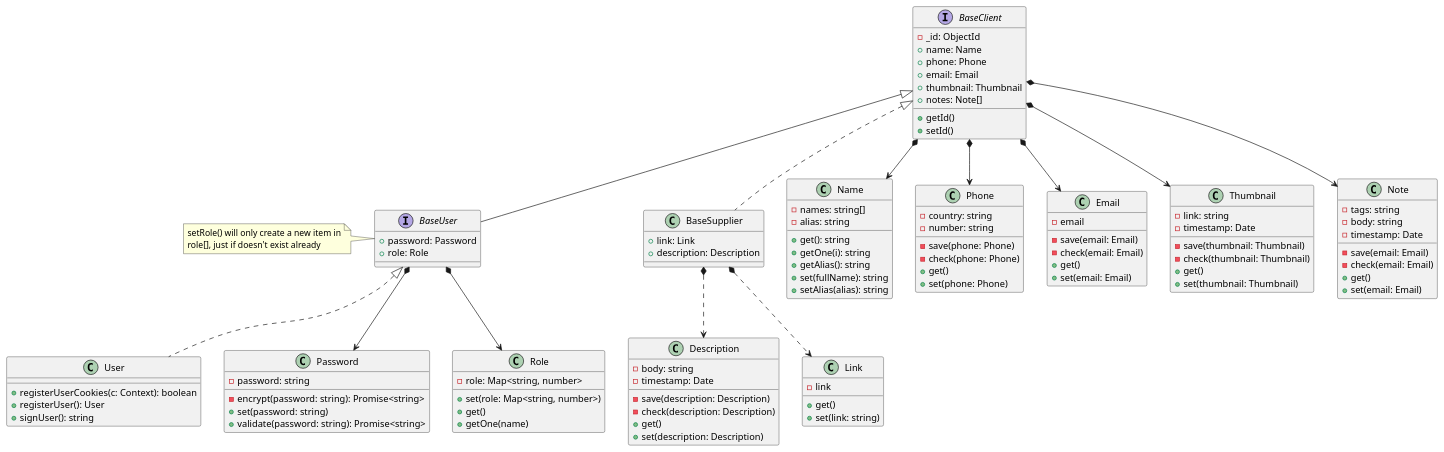
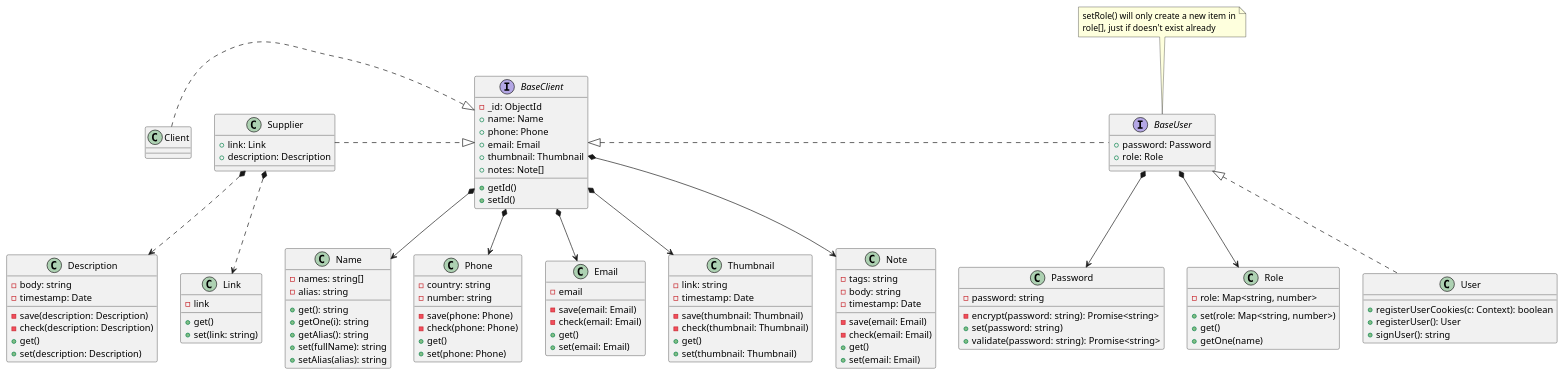
The diagram in back/uml/User.puml (Chiqui1234ok/lions-app), drawn with PlantUML before and after one commit.

Commit message:
Release candidate 2

```diff
--- a/back/uml/User.puml
+++ b/back/uml/User.puml
@@ -1,124 +1,139 @@
 @startuml
 
 interface BaseClient {
     - _id: ObjectId
     + name: Name
     + phone: Phone
     + email: Email
     + thumbnail: Thumbnail
     + notes: Note[]
     + getId()
     + setId()
 }
 
-interface BaseUser extends BaseClient {
+' interface BaseUser extends BaseClient
+interface BaseUser {
     + password: Password
     + role: Role
 }
 
-class User implements BaseUser {
+' class Client implements BaseClient
+class Client {
+
+}
+
+' class User implements BaseUser
+class User {
     + registerUserCookies(c: Context): boolean
     + registerUser(): User
     + signUser(): string
 }
 
-class BaseSupplier implements BaseClient {
+' class Supplier implements BaseClient
+class Supplier {
     + link: Link
     + description: Description
 }
 
 ' :: TINY OBJECTS ::
 
 class Password {
     - password: string
     - encrypt(password: string): Promise<string>
     + set(password: string)
     + validate(password: string): Promise<string>
 }
 
 class Role {
     - role: Map<string, number>
     + set(role: Map<string, number>)
     + get()
     + getOne(name)
 }
 
 class Name {
     - names: string[]
     - alias: string
     + get(): string
     + getOne(i): string
     + getAlias(): string
     + set(fullName): string
     + setAlias(alias): string
 }
 
 class Phone {
     - country: string
     - number: string
     - save(phone: Phone)
     - check(phone: Phone)
     + get()
     + set(phone: Phone)
 }
 
 class Email {
     - email
     - save(email: Email)
     - check(email: Email)
     + get()
     + set(email: Email)
 }
 
 class Description {
     - body: string
     - timestamp: Date
     - save(description: Description)
     - check(description: Description)
     + get()
     + set(description: Description)
 }
 
 class Thumbnail {
     - link: string
     - timestamp: Date
     - save(thumbnail: Thumbnail)
     - check(thumbnail: Thumbnail)
     + get()
     + set(thumbnail: Thumbnail)
 }
 
 class Note {
     - tags: string
     - body: string
     - timestamp: Date
     - save(email: Email)
     - check(email: Email)
     + get()
     + set(email: Email)
 }
 
 class Link {
     - link
     + get()
     + set(link: string)
 }
 
+' Inherit (interfaces). For classes,
+' remember: ClasePadre <|-- ClaseHija
+BaseClient <|.r. BaseUser
+BaseUser <|.. User
+BaseClient <|.l. Supplier
+BaseClient <|.l. Client
+
 ' Composition
 BaseClient *--> Name
 BaseClient *--> Phone
 BaseClient *--> Email
 BaseClient *--> Thumbnail
 BaseClient *--> Note
-BaseSupplier *..> Link
-BaseSupplier *..> Description
+Supplier *..> Link
+Supplier *..> Description
 BaseUser *--> Password
 BaseUser *--> Role
 
 ' Notes
-note left of BaseUser 
+note top of BaseUser 
 setRole() will only create a new item in
 role[], just if doesn't exist already
 endnote
 
 @enduml
```
